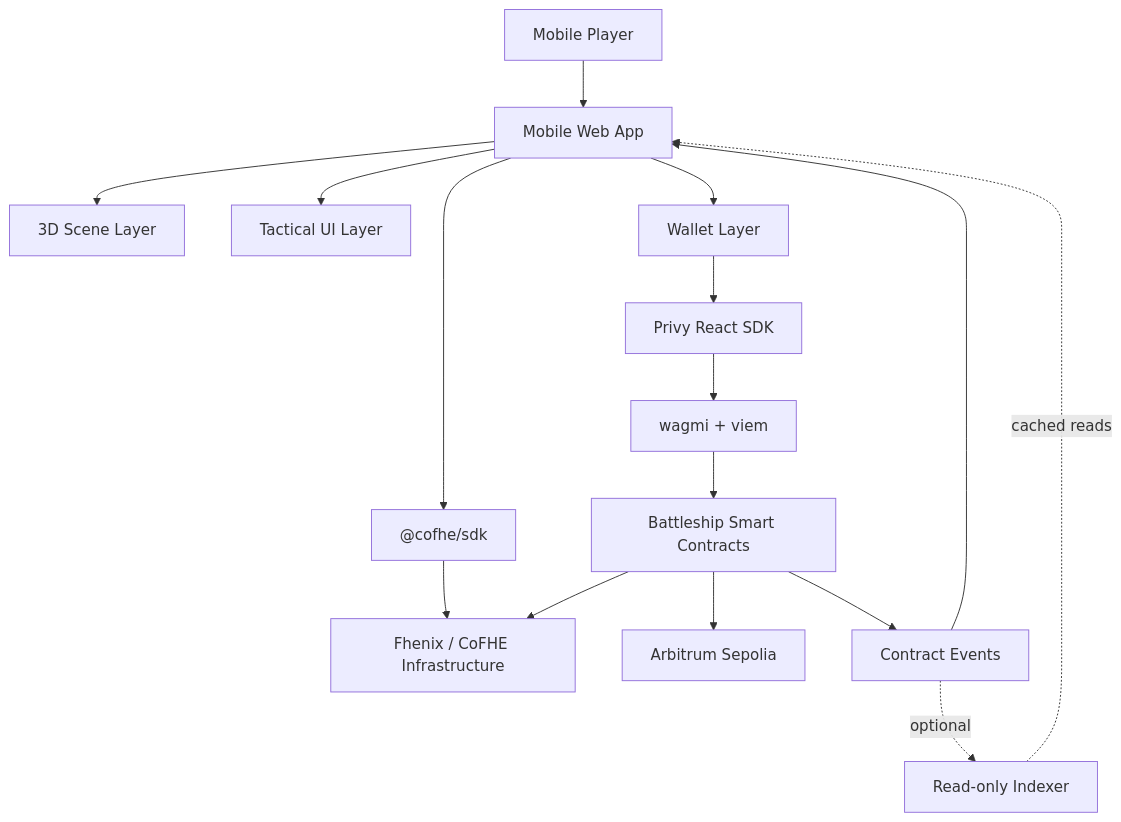
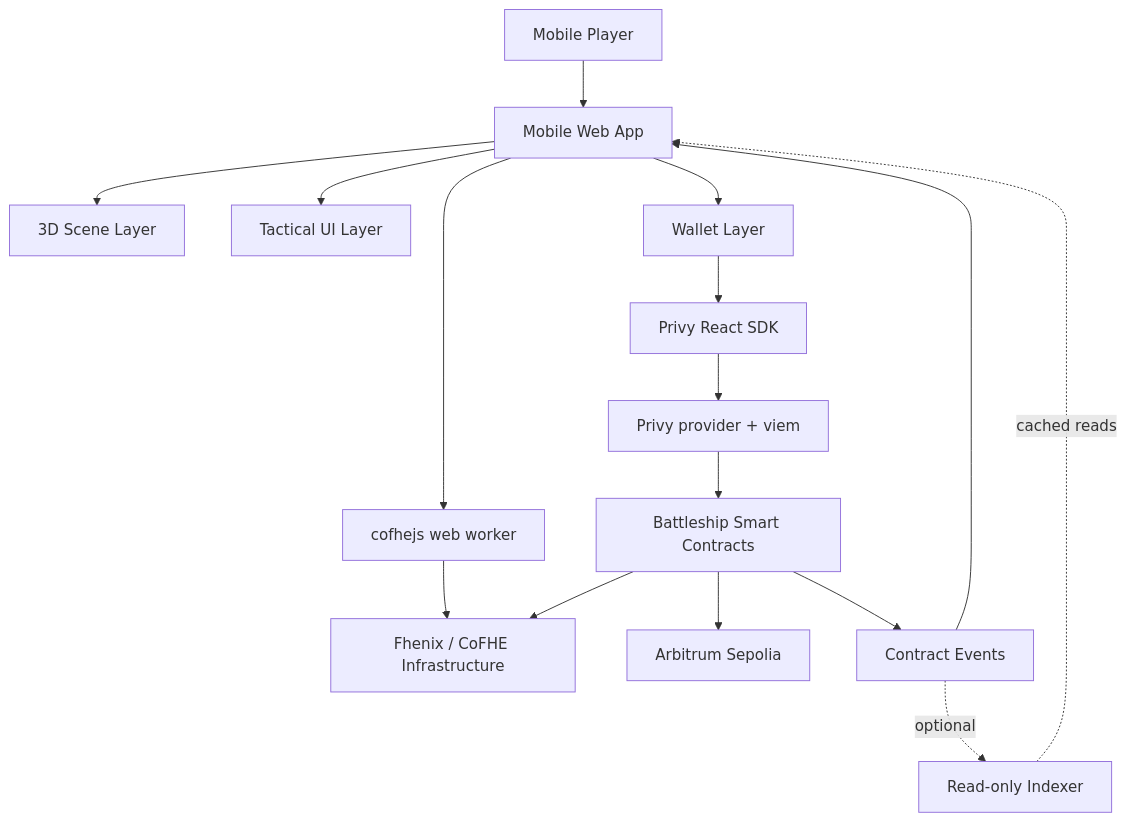
One commit to godemodegame/battleship changed the first of 3 diagrams in docs/technical-architecture.md. Above: the diagram before and after it, drawn with Mermaid. The commit also changed other lines of this file and 40 other files, not shown here.

````diff
--- a/docs/technical-architecture.md
+++ b/docs/technical-architecture.md
@@ -94,18 +93,18 @@
 ```mermaid
 flowchart TD
   Player["Mobile Player"] --> WebApp["Mobile Web App"]
   WebApp --> Scene["3D Scene Layer"]
   WebApp --> UI["Tactical UI Layer"]
   WebApp --> Wallet["Wallet Layer"]
   Wallet --> Privy["Privy React SDK"]
-  Privy --> Viem["wagmi + viem"]
-  WebApp --> CofheSDK["@cofhe/sdk"]
+  Privy --> Viem["Privy provider + viem"]
+  WebApp --> CofheSDK["cofhejs web worker"]
   CofheSDK --> CoFHE["Fhenix / CoFHE Infrastructure"]
   Viem --> Contracts["Battleship Smart Contracts"]
   Contracts --> Arbitrum["Arbitrum Sepolia"]
   Contracts --> CoFHE
   Contracts --> Events["Contract Events"]
   Events --> WebApp
   Events -. optional .-> Indexer["Read-only Indexer"]
   Indexer -. cached reads .-> WebApp
 ```
````
